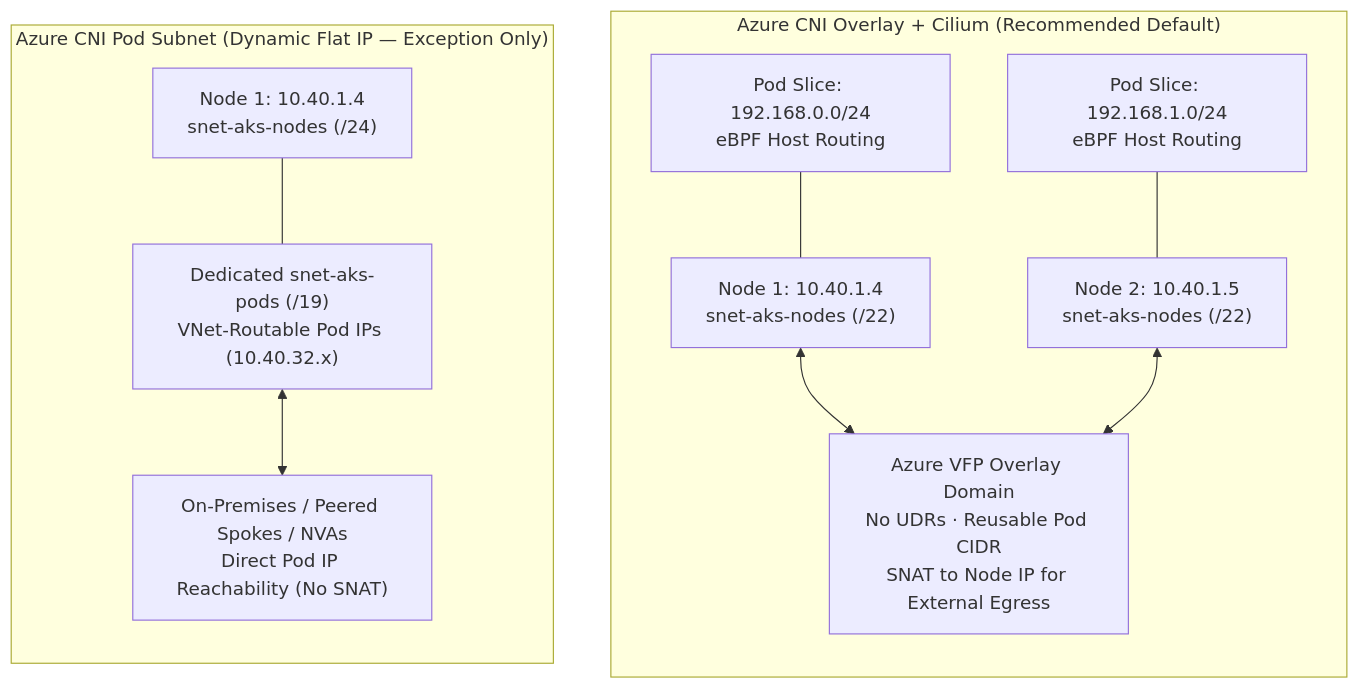
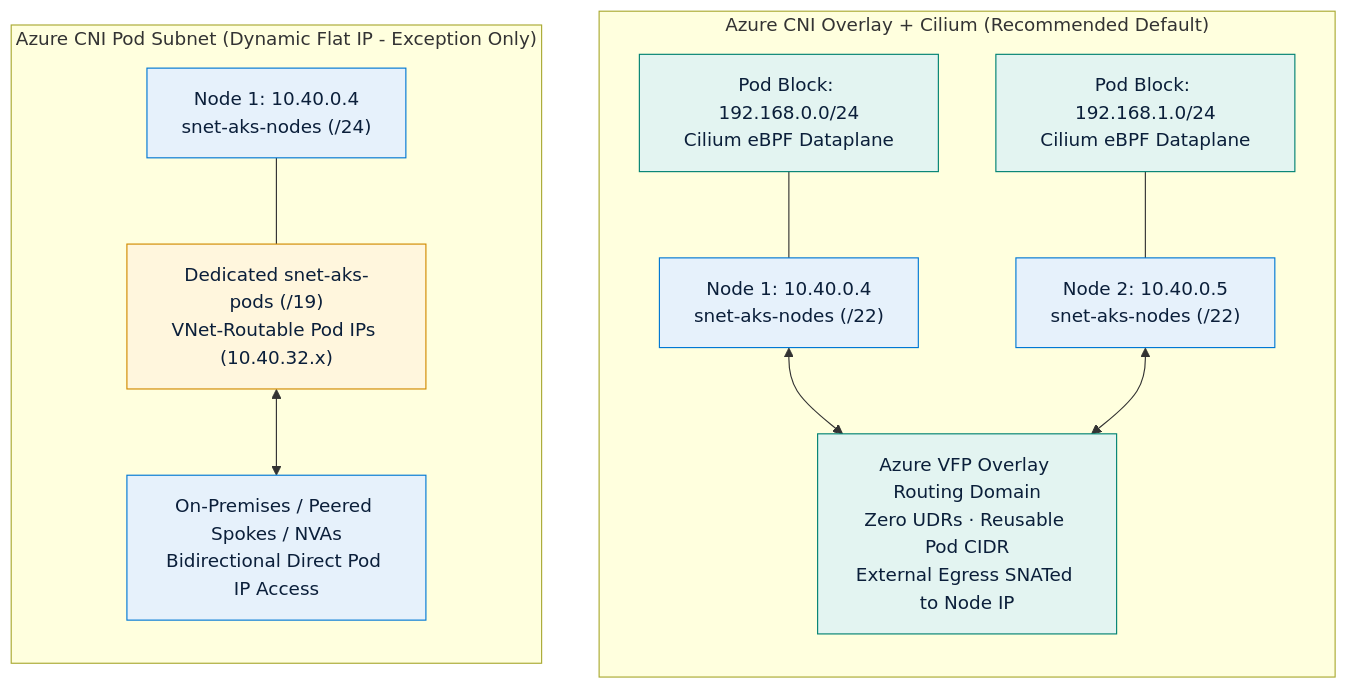
The first of 2 diagrams in src/content/docs/05-workload-networking/aks-networking.md (jonathan-vella/azure-networking), drawn with Mermaid before and after one commit. The commit also changed other lines of this file and 5 other files, not shown here.

Commit message:
docs(workloads): verify AKS, AVS Gen 1/2, Foundry & Fabric networking and add SVG diagrams

````diff
--- a/src/content/docs/05-workload-networking/aks-networking.md
+++ b/src/content/docs/05-workload-networking/aks-networking.md
@@ -43,24 +51,28 @@
 ```mermaid
 flowchart TB
+  classDef vnet fill:#E6F1FB,stroke:#0078D4,color:#0B1F3A
+  classDef cilium fill:#E3F4F1,stroke:#008272,color:#0B1F3A
+  classDef warn fill:#FFF6DD,stroke:#D18B00,color:#0B1F3A
+
   subgraph Overlay["Azure CNI Overlay + Cilium (Recommended Default)"]
     direction TB
-    ONode1["Node 1: 10.40.1.4<br/>snet-aks-nodes (/22)"]
-    ONode2["Node 2: 10.40.1.5<br/>snet-aks-nodes (/22)"]
-    OPod1["Pod Slice: 192.168.0.0/24<br/>eBPF Host Routing"]
-    OPod2["Pod Slice: 192.168.1.0/24<br/>eBPF Host Routing"]
-    OSDN["Azure VFP Overlay Domain<br/>No UDRs · Reusable Pod CIDR<br/>SNAT to Node IP for External Egress"]
+    ONode1["Node 1: 10.40.0.4<br/>snet-aks-nodes (/22)"]:::vnet
+    ONode2["Node 2: 10.40.0.5<br/>snet-aks-nodes (/22)"]:::vnet
+    OPod1["Pod Block: 192.168.0.0/24<br/>Cilium eBPF Dataplane"]:::cilium
+    OPod2["Pod Block: 192.168.1.0/24<br/>Cilium eBPF Dataplane"]:::cilium
+    OSDN["Azure VFP Overlay Routing Domain<br/>Zero UDRs · Reusable Pod CIDR<br/>External Egress SNATed to Node IP"]:::cilium
     OPod1 --- ONode1
     OPod2 --- ONode2
     ONode1 <--> OSDN
     ONode2 <--> OSDN
   end
 
-  subgraph Flat["Azure CNI Pod Subnet (Dynamic Flat IP — Exception Only)"]
+  subgraph Flat["Azure CNI Pod Subnet (Dynamic Flat IP - Exception Only)"]
     direction TB
-    FNode1["Node 1: 10.40.1.4<br/>snet-aks-nodes (/24)"]
-    FPodSub["Dedicated snet-aks-pods (/19)<br/>VNet-Routable Pod IPs (10.40.32.x)"]
-    FPeer["On-Premises / Peered Spokes / NVAs<br/>Direct Pod IP Reachability (No SNAT)"]
+    FNode1["Node 1: 10.40.0.4<br/>snet-aks-nodes (/24)"]:::vnet
+    FPodSub["Dedicated snet-aks-pods (/19)<br/>VNet-Routable Pod IPs (10.40.32.x)"]:::warn
+    FPeer["On-Premises / Peered Spokes / NVAs<br/>Bidirectional Direct Pod IP Access"]:::vnet
     FNode1 --- FPodSub
     FPodSub <--> FPeer
   end
 ```
````
